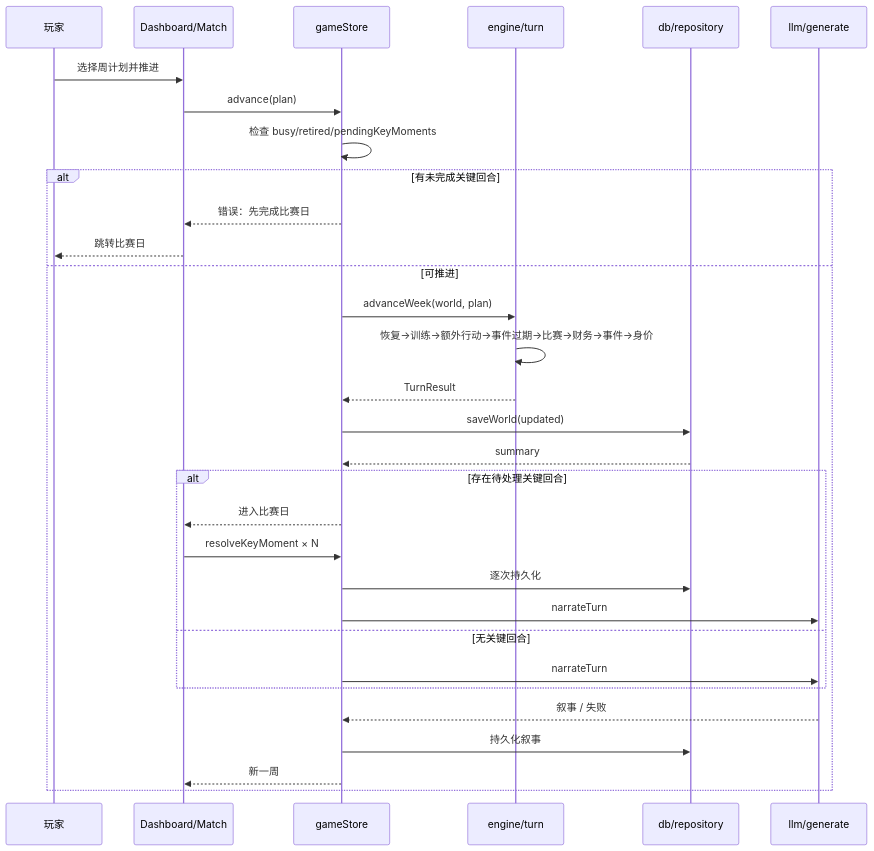
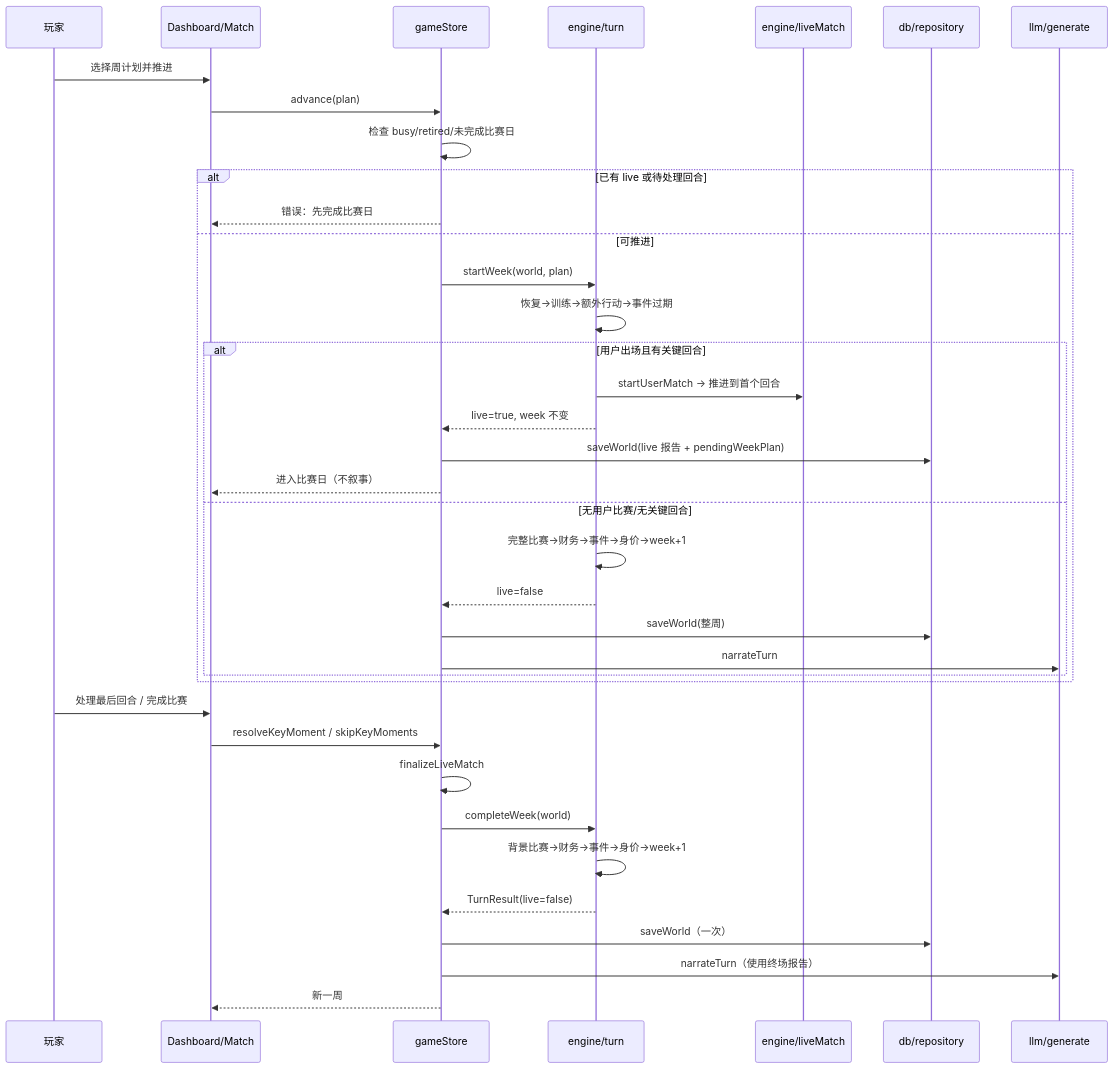
The diagram in docs/features/weekly-turn.md (Roulandu/rpg_life_game), drawn with Mermaid before and after one commit. The commit also changed other lines of this file and 51 other files, not shown here.

````diff
--- a/docs/features/weekly-turn.md
+++ b/docs/features/weekly-turn.md
@@ -52,33 +58,39 @@
 ```mermaid
 sequenceDiagram
   participant U as 玩家
   participant UI as Dashboard/Match
   participant S as gameStore
   participant E as engine/turn
+  participant L as engine/liveMatch
   participant DB as db/repository
   participant AI as llm/generate
   U->>UI: 选择周计划并推进
   UI->>S: advance(plan)
-  S->>S: 检查 busy/retired/pendingKeyMoments
-  alt 有未完成关键回合
+  S->>S: 检查 busy/retired/未完成比赛日
+  alt 已有 live 或待处理回合
     S-->>UI: 错误：先完成比赛日
-    UI-->>U: 跳转比赛日
   else 可推进
-    S->>E: advanceWeek(world, plan)
-    E->>E: 恢复→训练→额外行动→事件过期→比赛→财务→事件→身价
-    E-->>S: TurnResult
-    S->>DB: saveWorld(updated)
-    DB-->>S: summary
-    alt 存在待处理关键回合
-      S-->>UI: 进入比赛日
-      UI->>S: resolveKeyMoment × N
-      S->>DB: 逐次持久化
-      S->>AI: narrateTurn
-    else 无关键回合
+    S->>E: startWeek(world, plan)
+    E->>E: 恢复→训练→额外行动→事件过期
+    alt 用户出场且有关键回合
+      E->>L: startUserMatch → 推进到首个回合
+      E-->>S: live=true, week 不变
+      S->>DB: saveWorld(live 报告 + pendingWeekPlan)
+      S-->>UI: 进入比赛日（不叙事）
+    else 无用户比赛/无关键回合
+      E->>E: 完整比赛→财务→事件→身价→week+1
+      E-->>S: live=false
+      S->>DB: saveWorld(整周)
       S->>AI: narrateTurn
     end
-    AI-->>S: 叙事 / 失败
-    S->>DB: 持久化叙事
-    S-->>UI: 新一周
   end
+  U->>UI: 处理最后回合 / 完成比赛
+  UI->>S: resolveKeyMoment / skipKeyMoments
+  S->>S: finalizeLiveMatch
+  S->>E: completeWeek(world)
+  E->>E: 背景比赛→财务→事件→身价→week+1
+  E-->>S: TurnResult(live=false)
+  S->>DB: saveWorld（一次）
+  S->>AI: narrateTurn（使用终场报告）
+  S-->>UI: 新一周
 ```
````
